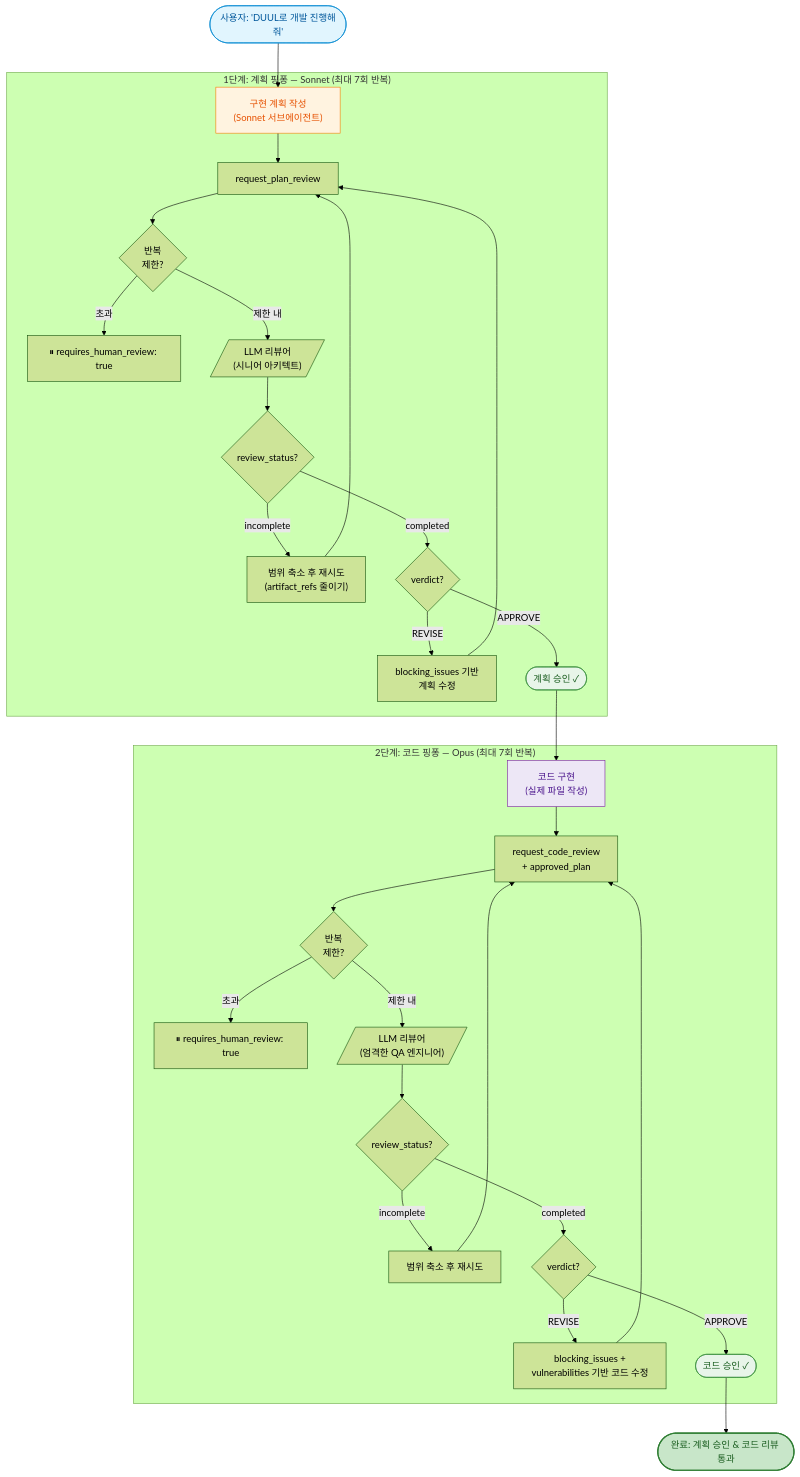
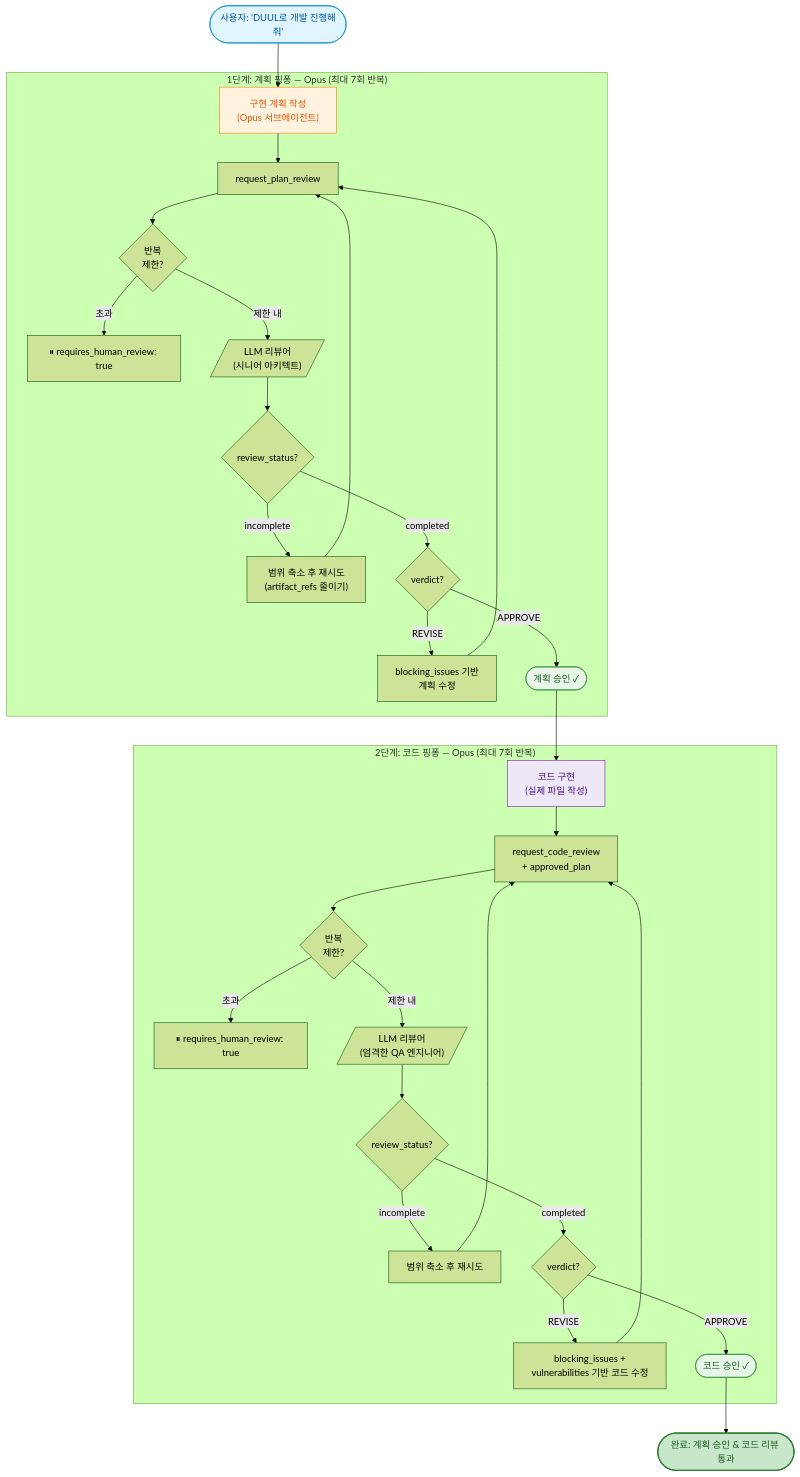
The first of 2 diagrams in README.ko.md (Planningo/duul), drawn with Mermaid (forest theme) before and after one commit. The commit also changed other lines of this file and 15 other files, not shown here.

````diff
--- a/README.ko.md
+++ b/README.ko.md
@@ -269,42 +269,42 @@
 ```mermaid
 flowchart TD
-    Start(["사용자: 'DUUL로 개발 진행해줘'"]):::trigger --> Plan["구현 계획 작성\n(Sonnet 서브에이전트)"]:::sonnet
+    Start(["사용자: 'DUUL로 개발 진행해줘'"]):::trigger --> Plan["구현 계획 작성\n(Opus 서브에이전트)"]:::planner
 
-    subgraph Phase1["1단계: 계획 핑퐁 — Sonnet (최대 7회 반복)"]
+    subgraph Phase1["1단계: 계획 핑퐁 — Opus (최대 7회 반복)"]
         Plan --> PR["request_plan_review"]
         PR --> IterCheck1{반복\n제한?}
         IterCheck1 -- "초과" --> Human1["⏸ requires_human_review: true"]
         IterCheck1 -- "제한 내" --> Review1[/"LLM 리뷰어\n(시니어 아키텍트)"/]
         Review1 --> Status1{review_status?}
         Status1 -- "incomplete" --> Narrow1["범위 축소 후 재시도\n(artifact_refs 줄이기)"]
         Narrow1 --> PR
         Status1 -- "completed" --> Verdict1{verdict?}
         Verdict1 -- "REVISE" --> Fix1["blocking_issues 기반\n계획 수정"]
         Fix1 --> PR
         Verdict1 -- "APPROVE" --> PlanOK(["계획 승인 ✓"]):::approved
     end
 
     PlanOK --> Impl["코드 구현\n(실제 파일 작성)"]:::opus
 
     subgraph Phase2["2단계: 코드 핑퐁 — Opus (최대 7회 반복)"]
         Impl --> CR["request_code_review\n+ approved_plan"]
         CR --> IterCheck2{반복\n제한?}
         IterCheck2 -- "초과" --> Human2["⏸ requires_human_review: true"]
         IterCheck2 -- "제한 내" --> Review2[/"LLM 리뷰어\n(엄격한 QA 엔지니어)"/]
         Review2 --> Status2{review_status?}
         Status2 -- "incomplete" --> Narrow2["범위 축소 후 재시도"]
         Narrow2 --> CR
         Status2 -- "completed" --> Verdict2{verdict?}
         Verdict2 -- "REVISE" --> Fix2["blocking_issues +\nvulnerabilities 기반 코드 수정"]
         Fix2 --> CR
         Verdict2 -- "APPROVE" --> CodeOK(["코드 승인 ✓"]):::approved
     end
 
     CodeOK --> Done(["완료: 계획 승인 & 코드 리뷰 통과"]):::done
 
     classDef trigger fill:#e1f5fe,stroke:#0288d1,color:#01579b
     classDef approved fill:#e8f5e9,stroke:#388e3c,color:#1b5e20
     classDef done fill:#c8e6c9,stroke:#2e7d32,color:#1b5e20,stroke-width:2px
-    classDef sonnet fill:#fff3e0,stroke:#f57c00,color:#e65100
+    classDef planner fill:#fff3e0,stroke:#f57c00,color:#e65100
     classDef opus fill:#ede7f6,stroke:#7b1fa2,color:#4a148c
 ```
````
